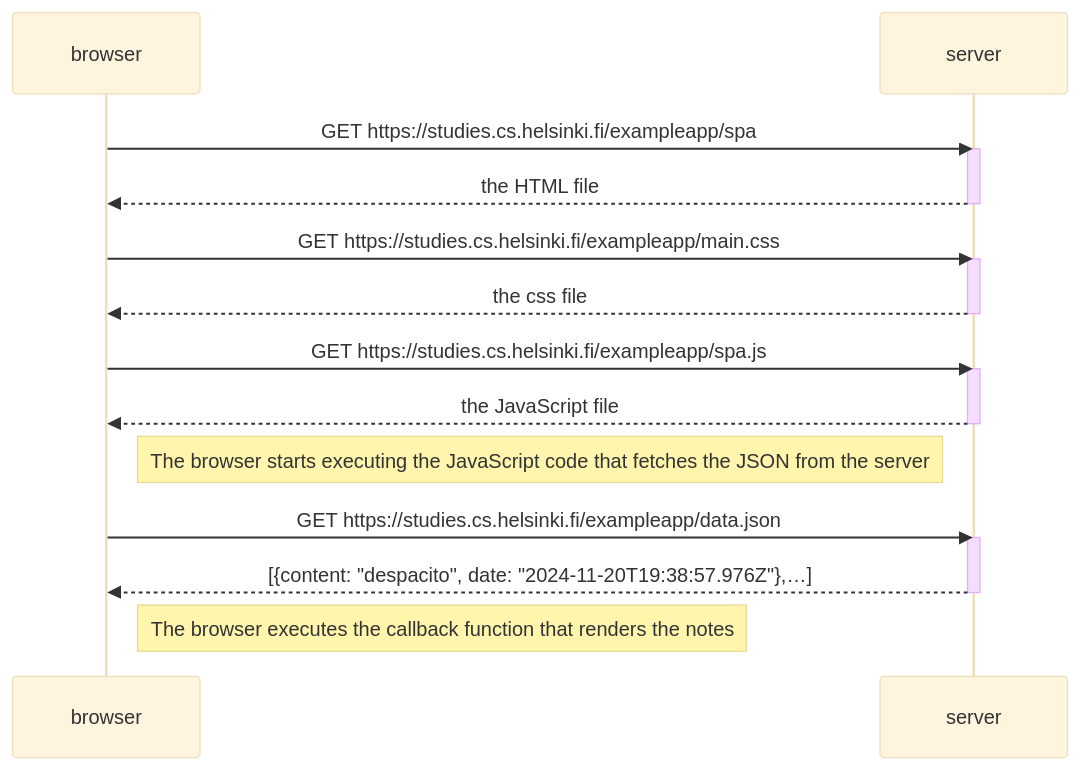
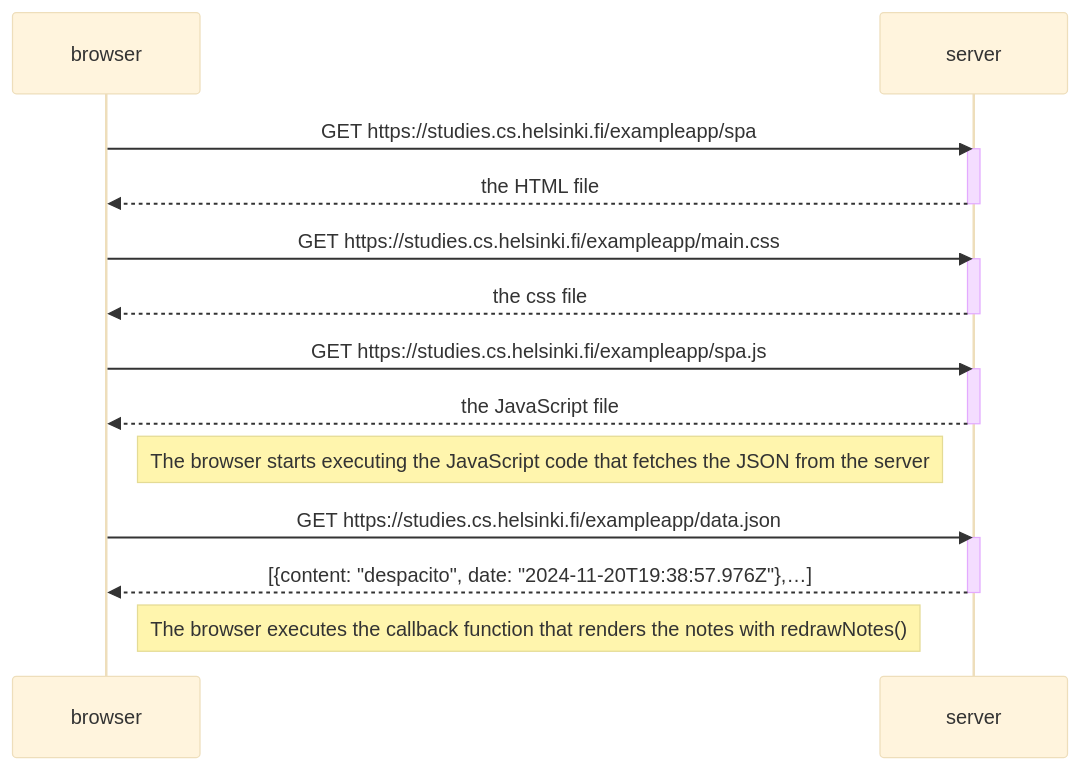
The diagram in part0/0.5/SinglePageAppDiagram.md (isaac-exe/fullstack-open), drawn with Mermaid (base theme) before and after one commit. The commit also changed 2 other files, not shown here.

Commit message:
Updated exercises

````diff
--- a/part0/0.5/SinglePageAppDiagram.md
+++ b/part0/0.5/SinglePageAppDiagram.md
@@ -1,29 +1,29 @@
 ```mermaid
 sequenceDiagram
     participant browser
     participant server
 
     browser->>server: GET https://studies.cs.helsinki.fi/exampleapp/spa
     activate server
     server-->>browser: the HTML file
     deactivate server
 
     browser->>server: GET https://studies.cs.helsinki.fi/exampleapp/main.css
     activate server
     server-->>browser: the css file
     deactivate server
 
     browser->>server: GET https://studies.cs.helsinki.fi/exampleapp/spa.js
     activate server
     server-->>browser: the JavaScript file
     deactivate server
 
     Note right of browser: The browser starts executing the JavaScript code that fetches the JSON from the server
 
     browser->>server: GET https://studies.cs.helsinki.fi/exampleapp/data.json
     activate server
     server-->>browser: [{content: "despacito", date: "2024-11-20T19:38:57.976Z"},…]
     deactivate server
 
-    Note right of browser: The browser executes the callback function that renders the notes
+    Note right of browser: The browser executes the callback function that renders the notes with redrawNotes()
 ```
````
